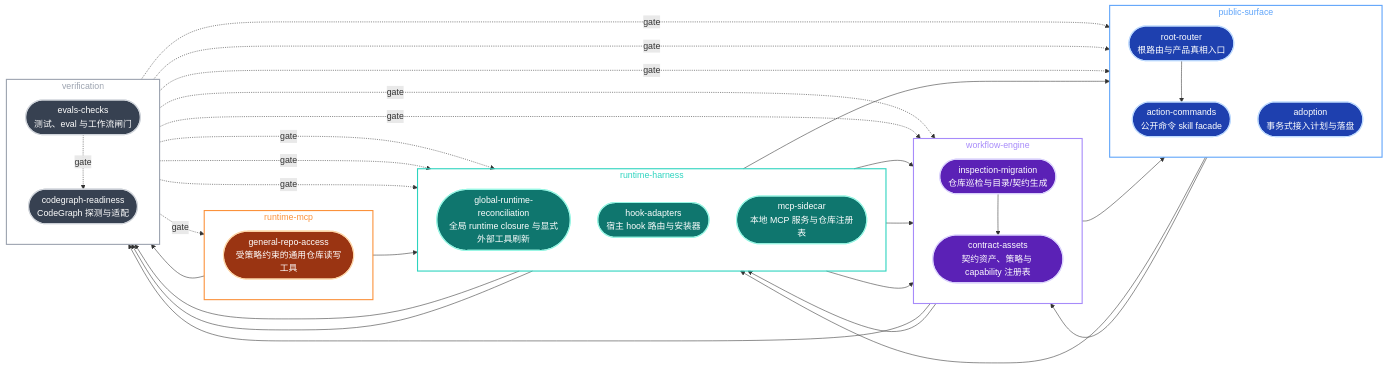
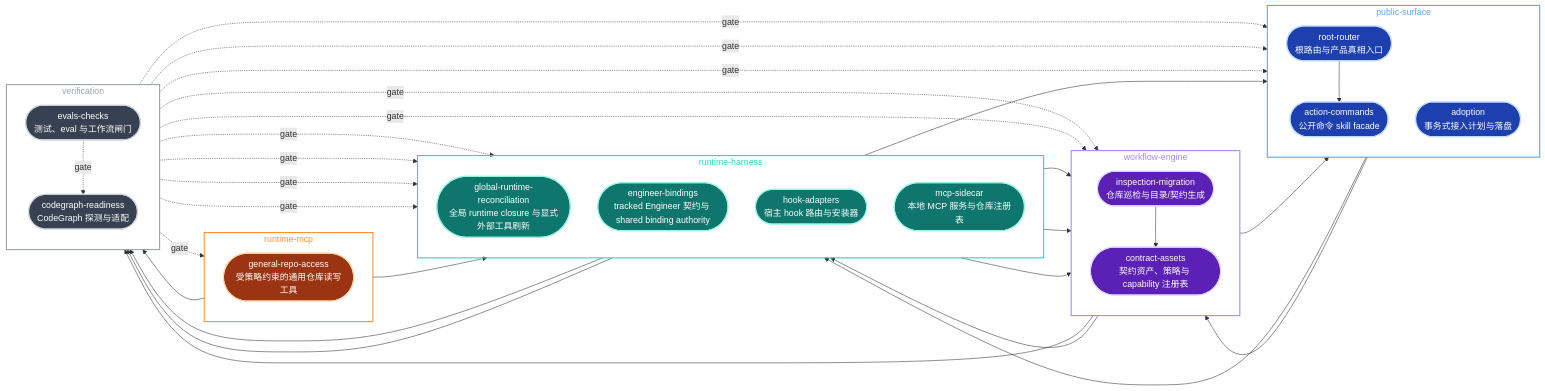
One commit to Ancienttwo/repo-harness changed the diagram in docs/architecture/index.md. Above: the diagram before and after it, drawn with Mermaid. The commit also changed other lines of this file and 34 other files, not shown here.

First line of the commit message:
feat: add persistent module engineer bindings

````diff
--- a/docs/architecture/index.md
+++ b/docs/architecture/index.md
@@ -105,72 +105,74 @@
 ```mermaid
 flowchart LR
   classDef surface fill:#1e40af,stroke:#bfdbfe,stroke-width:2px,color:#fff
   classDef engine fill:#5b21b6,stroke:#ddd6fe,stroke-width:2px,color:#fff
   classDef harness fill:#0f766e,stroke:#99f6e4,stroke-width:2px,color:#fff
   classDef mcp fill:#9a3412,stroke:#fed7aa,stroke-width:2px,color:#fff
   classDef verify fill:#374151,stroke:#d1d5db,stroke-width:2px,color:#fff
 
   subgraph PS["public-surface"]
     direction TB
     RootRouter(["root-router<br/>根路由与产品真相入口"]):::surface
     ActionCommands(["action-commands<br/>公开命令 skill facade"]):::surface
     Adoption(["adoption<br/>事务式接入计划与落盘"]):::surface
   end
 
   subgraph WE["workflow-engine"]
     direction TB
     InspectionMigration(["inspection-migration<br/>仓库巡检与目录/契约生成"]):::engine
     ContractAssets(["contract-assets<br/>契约资产、策略与 capability 注册表"]):::engine
   end
 
   subgraph RH["runtime-harness"]
     direction TB
     GlobalRuntime(["global-runtime-reconciliation<br/>全局 runtime closure 与显式外部工具刷新"]):::harness
+    EngineerBindings(["engineer-bindings<br/>tracked Engineer 契约与 shared binding authority"]):::harness
     HookAdapters(["hook-adapters<br/>宿主 hook 路由与安装器"]):::harness
     McpSidecar(["mcp-sidecar<br/>本地 MCP 服务与仓库注册表"]):::harness
   end
 
   subgraph RM["runtime-mcp"]
     direction TB
     GeneralRepoAccess(["general-repo-access<br/>受策略约束的通用仓库读写工具"]):::mcp
   end
 
   subgraph VF["verification"]
     direction TB
     CodegraphReadiness(["codegraph-readiness<br/>CodeGraph 探测与适配"]):::verify
     EvalsChecks(["evals-checks<br/>测试、eval 与工作流闸门"]):::verify
   end
 
   RootRouter --> ActionCommands
   ContractAssets --> Adoption
   ContractAssets --> HookAdapters
   ContractAssets --> CodegraphReadiness
   GlobalRuntime --> ContractAssets
   GlobalRuntime --> CodegraphReadiness
   InspectionMigration --> ContractAssets
   Adoption --> ContractAssets
   Adoption --> McpSidecar
   HookAdapters --> ContractAssets
   HookAdapters --> ActionCommands
   McpSidecar --> ContractAssets
   McpSidecar --> CodegraphReadiness
   GeneralRepoAccess --> McpSidecar
   GeneralRepoAccess --> CodegraphReadiness
 
   EvalsChecks -.->|gate| RootRouter
   EvalsChecks -.->|gate| ActionCommands
   EvalsChecks -.->|gate| Adoption
   EvalsChecks -.->|gate| InspectionMigration
   EvalsChecks -.->|gate| ContractAssets
   EvalsChecks -.->|gate| GlobalRuntime
+  EvalsChecks -.->|gate| EngineerBindings
   EvalsChecks -.->|gate| HookAdapters
   EvalsChecks -.->|gate| McpSidecar
   EvalsChecks -.->|gate| GeneralRepoAccess
   EvalsChecks -.->|gate| CodegraphReadiness
 
   style PS fill:none,stroke:#60a5fa,stroke-width:2px,color:#60a5fa
   style WE fill:none,stroke:#a78bfa,stroke-width:2px,color:#a78bfa
   style RH fill:none,stroke:#2dd4bf,stroke-width:2px,color:#2dd4bf
   style RM fill:none,stroke:#fb923c,stroke-width:2px,color:#fb923c
   style VF fill:none,stroke:#9ca3af,stroke-width:2px,color:#9ca3af
 ```
````
